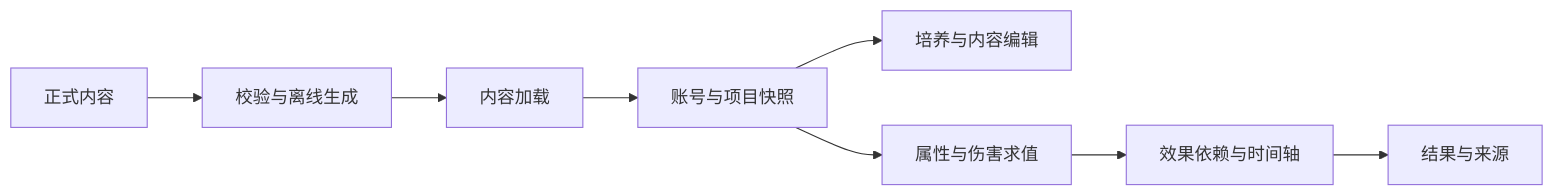
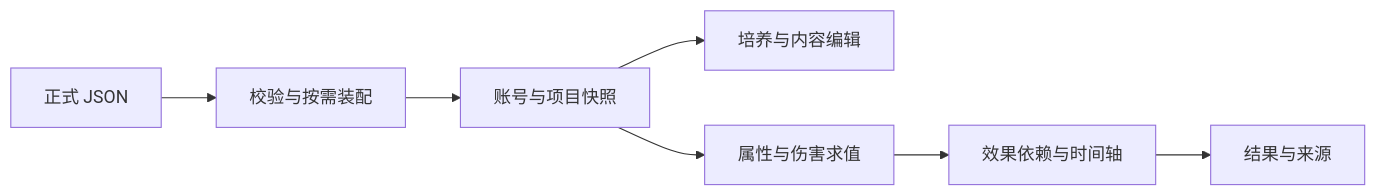
The diagram in docs/architecture.md (YJX-01/LeyLine-Simulator), drawn with Mermaid before and after one commit. The commit also changed other lines of this file and 683 other files, not shown here.

````diff
--- a/docs/architecture.md
+++ b/docs/architecture.md
@@ -5,10 +5,9 @@
 ```mermaid
 flowchart LR
-  Content[正式内容] --> Validate[校验与离线生成]
-  Validate --> Catalog[内容加载]
+  Content[正式 JSON] --> Catalog[校验与按需装配]
   Catalog --> Snapshot[账号与项目快照]
   Snapshot --> Editor[培养与内容编辑]
   Snapshot --> Evaluation[属性与伤害求值]
   Evaluation --> Timeline[效果依赖与时间轴]
   Timeline --> Result[结果与来源]
 ```
````
